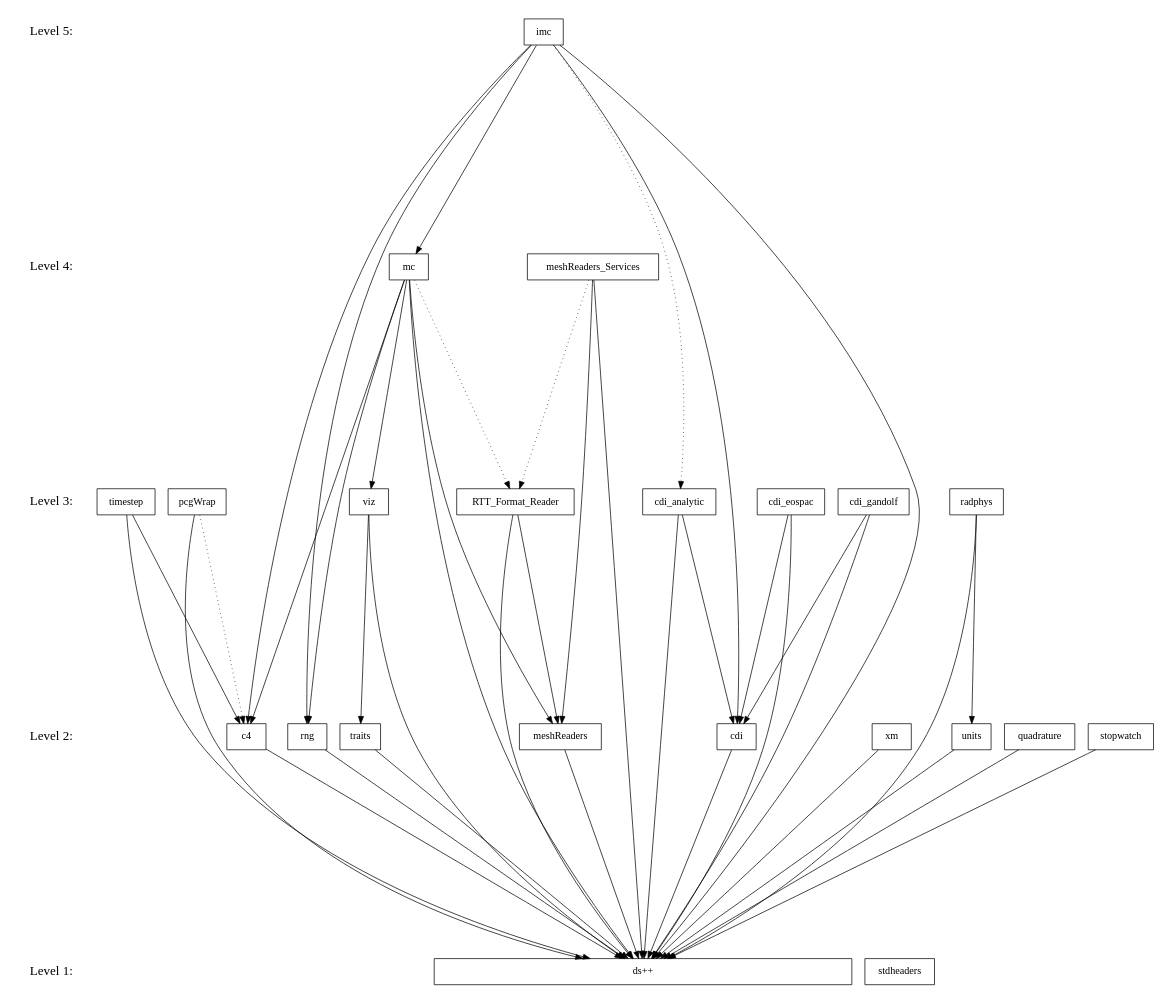
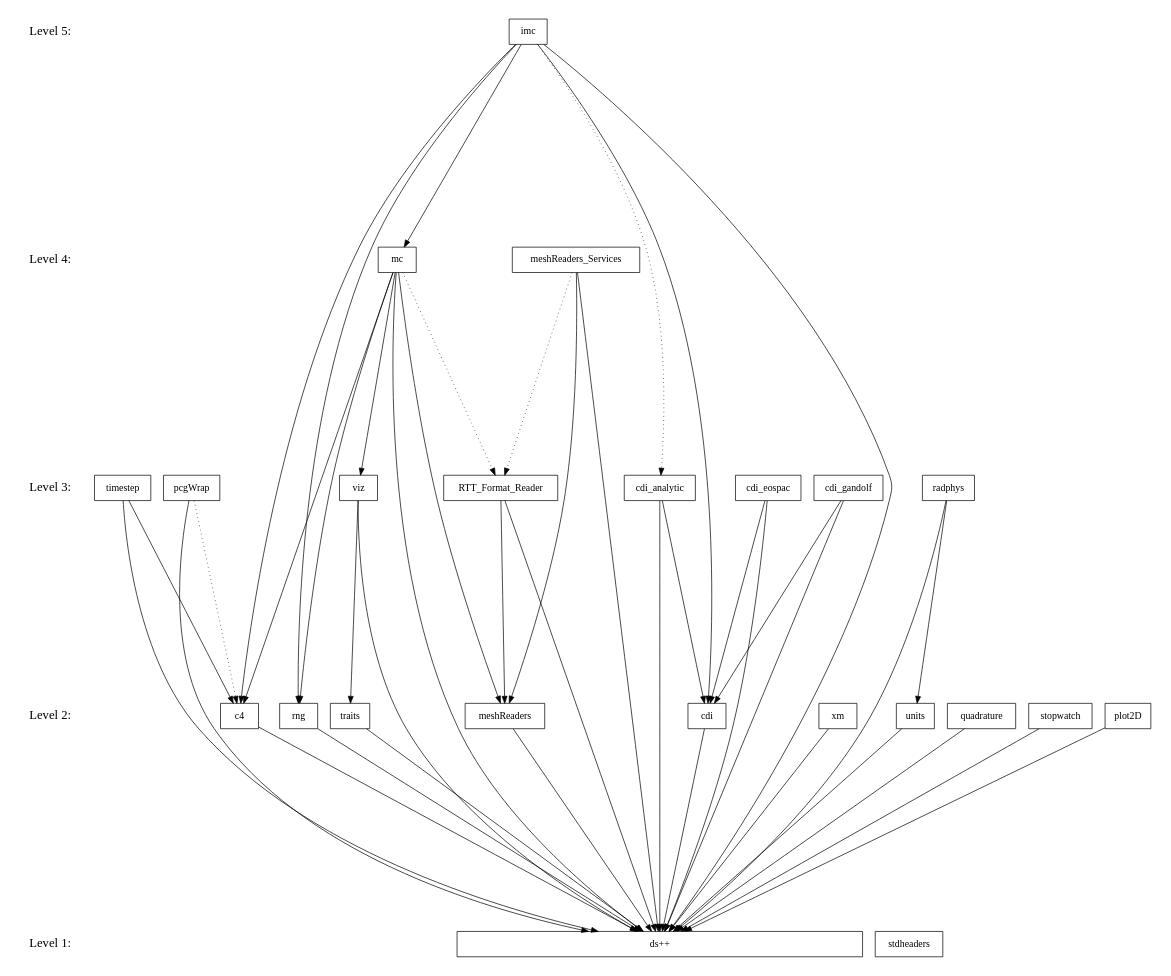
The diagram in doc/design/level.dot (losalamos/Draco), drawn with Graphviz before and after one commit. The commit also changed 1 other file, not shown here.

Commit message:
Added plot2D to levelization diagram.

```diff
--- a/doc/design/level.dot
+++ b/doc/design/level.dot
@@ -1,90 +1,92 @@
 digraph draco_level {
     /* graph attributes */
     center=1;
     size="7.5,10";
     ranksep=4;
     
     /* levels */
     level1 [shape=plaintext, label="Level 1:", fontsize=18];
     level2 [shape=plaintext, label="Level 2:", fontsize=18];
     level3 [shape=plaintext, label="Level 3:", fontsize=18];
     level4 [shape=plaintext, label="Level 4:", fontsize=18];
     level5 [shape=plaintext, label="Level 5:", fontsize=18];
     
     level5 -> level4 -> level3 -> level2 -> level1 [style=invis];
     
     /* packages */
     
     /* level 1 */
     dsxx [shape=box, label="ds++", width=8];
     stdheaders [shape=box, label="stdheaders"];
     
     /* level 2 */
     traits [shape=box, label="traits"];
     xm [shape=box, label="xm"];
     c4 [shape=box, label="c4"];
     rng [shape=box, label="rng"];
     units [shape=box, label="units"];
     cdi [shape=box, label="cdi"];
     quad [shape=box, label="quadrature"];
     meshread [shape=box, label="meshReaders"];
-    stop [shape=box, label="stopwatch"];
+    stop [shape=box, label="stopwatch"]; 
+    plot [shape=box, label="plot2D"];
     
     /* level 3 */
     viz [shape=box, label="viz"];
     radphys [shape=box, label="radphys"];
     timestep [shape=box, label="timestep"];
     cdianal [shape=box, label="cdi_analytic"];
     cdieos [shape=box, label="cdi_eospac"];
     cdigan [shape=box, label="cdi_gandolf"];
     pcg [shape=box, label="pcgWrap"];
     rttread [shape=box, label="RTT_Format_Reader"];
     
     /* level 4 */
     mc [shape=box, label="mc"];
     meshservice [shape=box, label="meshReaders_Services"];
 
     /* level 5 */
     imc [shape=box, label="imc"];
     
     /* dependencies */
     {rank=same; level1 stdheaders dsxx};
-    {rank=same; level2 stop traits xm c4 rng units meshread cdi quad};
+    {rank=same; level2 plot stop traits xm c4 rng units meshread cdi quad};
     {rank=same; level3 rttread viz radphys timestep cdianal cdieos cdigan pcg};
     {rank=same; level4 mc meshservice};
     {rank=same; level5 imc};
     
     /* draco packages */
     
     /* level 2 */
     xm          -> {dsxx};
     units       -> {dsxx};
     traits      -> {dsxx};
     c4          -> {dsxx};
     rng         -> {dsxx};
     cdi         -> {dsxx};
     meshread    -> {dsxx};
     quad        -> {dsxx};
     stop        -> {dsxx};
+    plot        -> {dsxx};
     
     /* level 3 */
     viz         -> {traits dsxx};
     timestep    -> {c4 dsxx};
     radphys     -> {units dsxx};
     pcg         -> {dsxx};
     pcg         -> {c4} [style=dotted];
     cdianal     -> {cdi dsxx};
     cdieos      -> {cdi dsxx};
     cdigan      -> {cdi dsxx};
     rttread     -> {meshread dsxx};
 
     /* level 4 */
     mc          -> {viz meshread rng c4 dsxx};
     mc          -> {rttread} [style=dotted];
     meshservice -> {meshread dsxx};
     meshservice -> {rttread} [style=dotted];
 
     /* level 5 */
     imc         -> {mc cdi rng c4 dsxx};
     imc         -> {cdianal} [style=dotted];
 }
```
